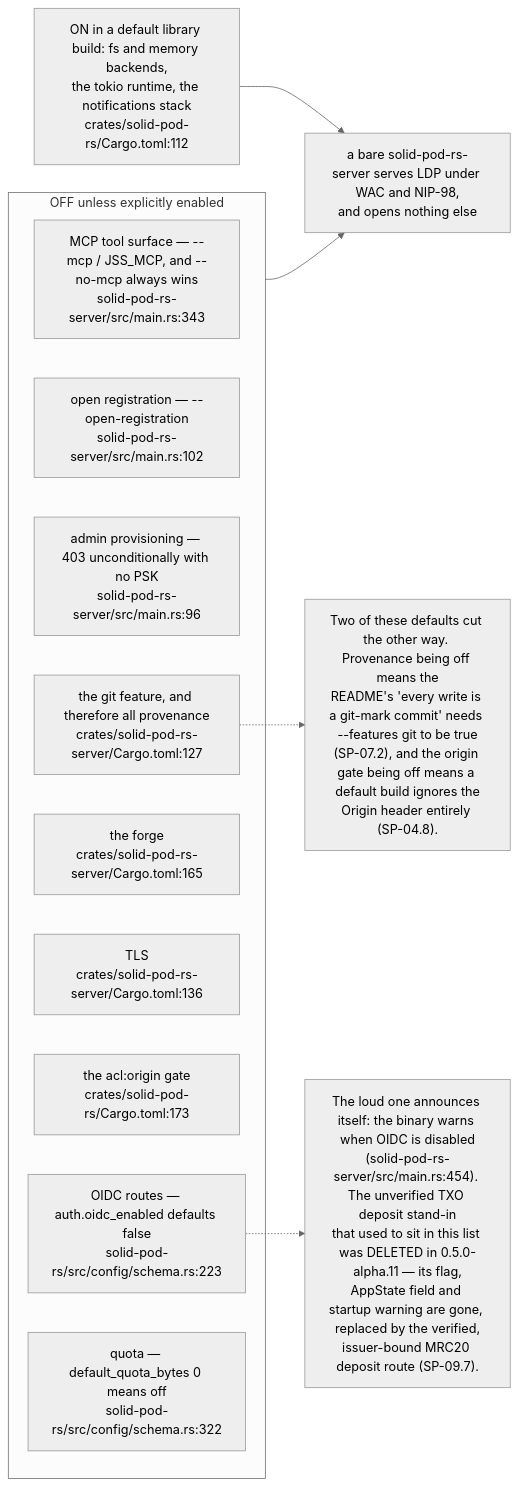
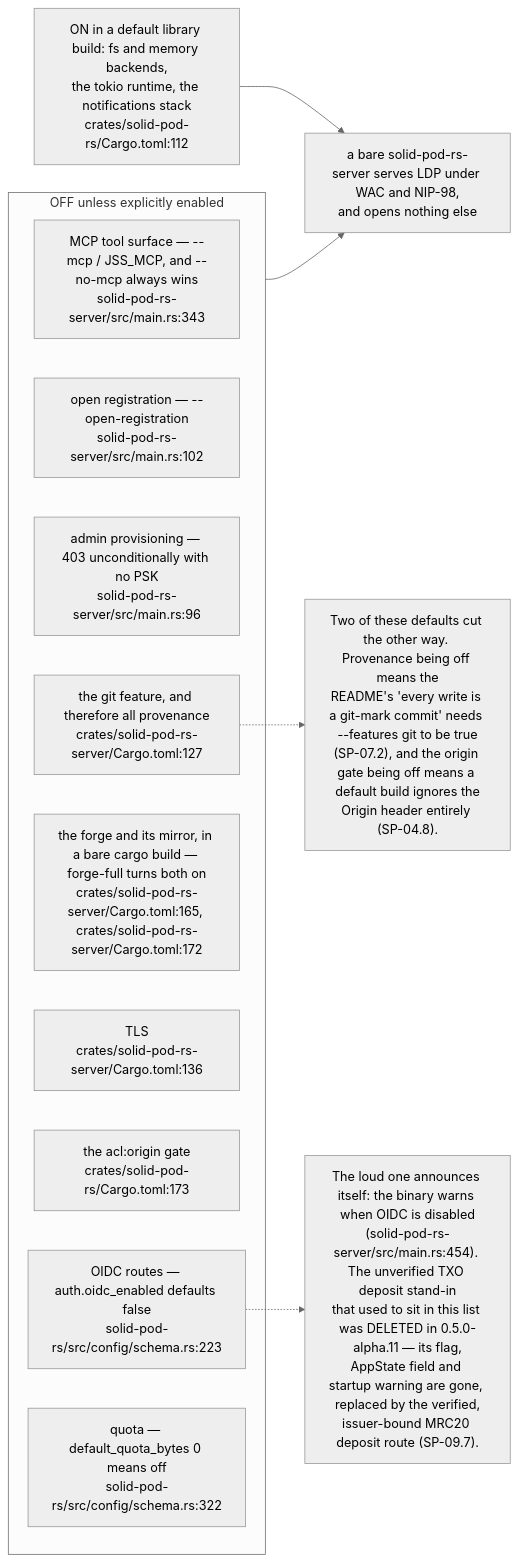
The fifth of 12 diagrams in docs/diagrams/solid-pod-rs/10-failure-modes-and-invariants.md (DreamLab-AI/VisionFlow), drawn with Mermaid (neutral theme) before and after one commit. The commit also changed other lines of this file and 47 other files, not shown here.

````diff
--- a/docs/diagrams/solid-pod-rs/10-failure-modes-and-invariants.md
+++ b/docs/diagrams/solid-pod-rs/10-failure-modes-and-invariants.md
@@ -151,23 +167,23 @@
 ```mermaid
 flowchart LR
     subgraph OFF["OFF unless explicitly enabled"]
         MCP["MCP tool surface — --mcp / JSS_MCP, and --no-mcp always wins<br/>solid-pod-rs-server/src/main.rs:343"]
         REG["open registration — --open-registration<br/>solid-pod-rs-server/src/main.rs:102"]
         ADM["admin provisioning — 403 unconditionally with no PSK<br/>solid-pod-rs-server/src/main.rs:96"]
         GIT["the git feature, and therefore all provenance<br/>crates/solid-pod-rs-server/Cargo.toml:127"]
-        FORGE["the forge<br/>crates/solid-pod-rs-server/Cargo.toml:165"]
+        FORGE["the forge and its mirror, in a bare cargo build — forge-full turns both on<br/>crates/solid-pod-rs-server/Cargo.toml:165, crates/solid-pod-rs-server/Cargo.toml:172"]
         TLS["TLS<br/>crates/solid-pod-rs-server/Cargo.toml:136"]
         ORG["the acl:origin gate<br/>crates/solid-pod-rs/Cargo.toml:173"]
         OIDC["OIDC routes — auth.oidc_enabled defaults false<br/>solid-pod-rs/src/config/schema.rs:223"]
         QUOTA["quota — default_quota_bytes 0 means off<br/>solid-pod-rs/src/config/schema.rs:322"]
     end
     ON["ON in a default library build: fs and memory backends,<br/>the tokio runtime, the notifications stack<br/>crates/solid-pod-rs/Cargo.toml:112"]
 
     OFF --> POSTURE["a bare solid-pod-rs-server serves LDP under WAC and NIP-98,<br/>and opens nothing else"]
     ON --> POSTURE
 
     N["Two of these defaults cut the other way. Provenance being off means the<br/>README's 'every write is a git-mark commit' needs --features git to be true<br/>(SP-07.2), and the origin gate being off means a default build ignores the<br/>Origin header entirely (SP-04.8)."]
     GIT -.-> N
     N2["The loud one announces itself: the binary warns when OIDC is disabled<br/>(solid-pod-rs-server/src/main.rs:454). The unverified TXO deposit stand-in<br/>that used to sit in this list was DELETED in 0.5.0-alpha.11 — its flag,<br/>AppState field and startup warning are gone, replaced by the verified,<br/>issuer-bound MRC20 deposit route (SP-09.7)."]
     OIDC -.-> N2
 ```
````
